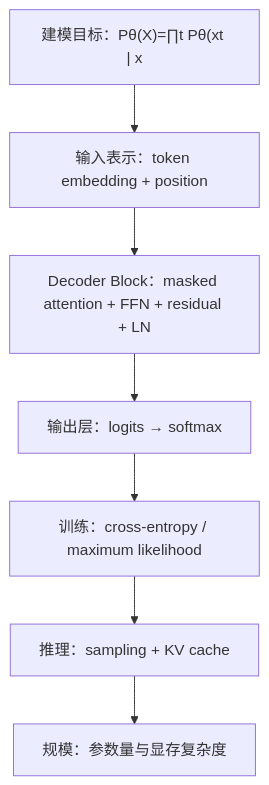
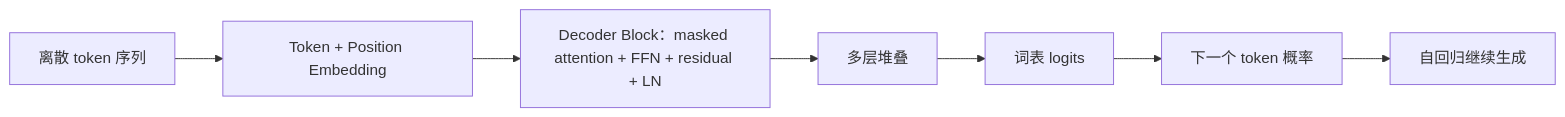
One commit to zhangqian-silk/computer-science changed the diagram in ai/model/gpt.md. Above: the diagram before and after it, drawn with Mermaid. The commit also changed other lines of this file and 61 other files, not shown here.

````diff
--- a/ai/model/gpt.md
+++ b/ai/model/gpt.md
@@ -41,9 +28,9 @@
 ```mermaid
-flowchart TD
-	A["建模目标：Pθ(X)=∏t Pθ(xt | x<t)"] --> B["输入表示：token embedding + position"]
+flowchart LR
+	A["离散 token 序列"] --> B["Token + Position Embedding"]
 	B --> C["Decoder Block：masked attention + FFN + residual + LN"]
-	C --> D["输出层：logits → softmax"]
-	D --> E["训练：cross-entropy / maximum likelihood"]
-	E --> F["推理：sampling + KV cache"]
-	F --> G["规模：参数量与显存复杂度"]
+	C --> D["多层堆叠"]
+	D --> E["词表 logits"]
+	E --> F["下一个 token 概率"]
+	F --> G["自回归继续生成"]
 ```
````
